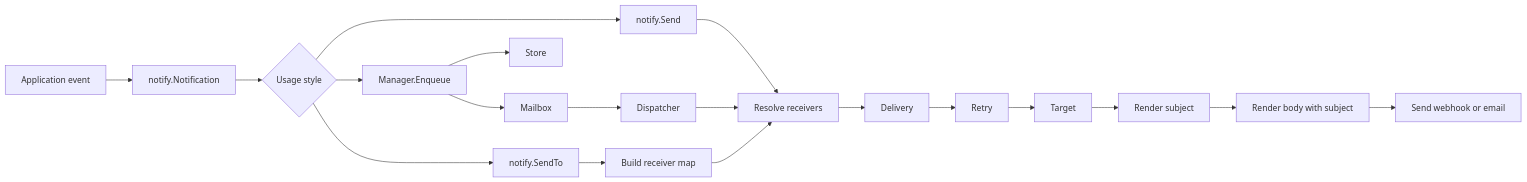
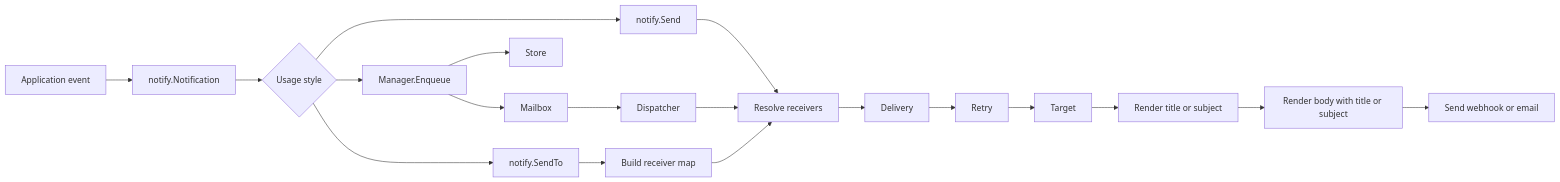
The diagram in README.md (containeroo/notifykit), drawn with Mermaid before and after one commit. The commit also changed other lines of this file and 6 other files, not shown here.

````diff
--- a/README.md
+++ b/README.md
@@ -206,21 +206,21 @@
 ```mermaid
 flowchart LR
     A[Application event] --> B[notify.Notification]
     B --> C{Usage style}
     C --> D[notify.SendTo]
     C --> E[notify.Send]
     C --> F[Manager.Enqueue]
     F --> G[Store]
     F --> H[Mailbox]
     H --> I[Dispatcher]
     D --> J[Build receiver map]
     E --> K[Resolve receivers]
     I --> K
     J --> K
     K --> L[Delivery]
     L --> M[Retry]
     M --> N[Target]
-    N --> O[Render subject]
-    O --> P[Render body with subject]
+    N --> O[Render title or subject]
+    O --> P[Render body with title or subject]
     P --> Q[Send webhook or email]
 ```
````
